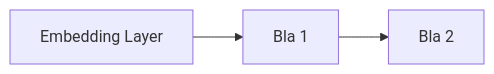
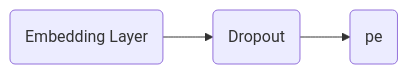
The diagram in blog.md (eisenjulian/nlp_estimator_tutorial), drawn with Mermaid before and after one commit. The commit also changed other lines of this file, not shown here.

Commit message:
Uploaded by https://stackedit.io/

````diff
--- a/blog.md
+++ b/blog.md
@@ -136,4 +136,4 @@
 ```mermaid
 graph LR
-    id1[Embedding Layer] --> id2[Bla 1] --> id3[Bla 2]
+    id1(Embedding Layer) --> id2(Dropout) --> id3(pe)
 ```
````
